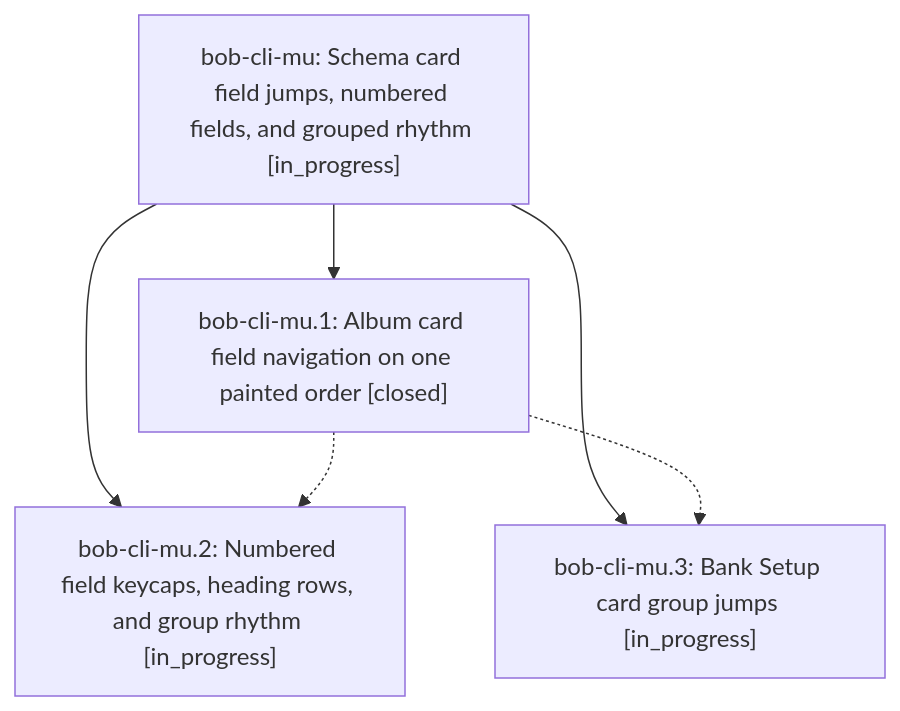
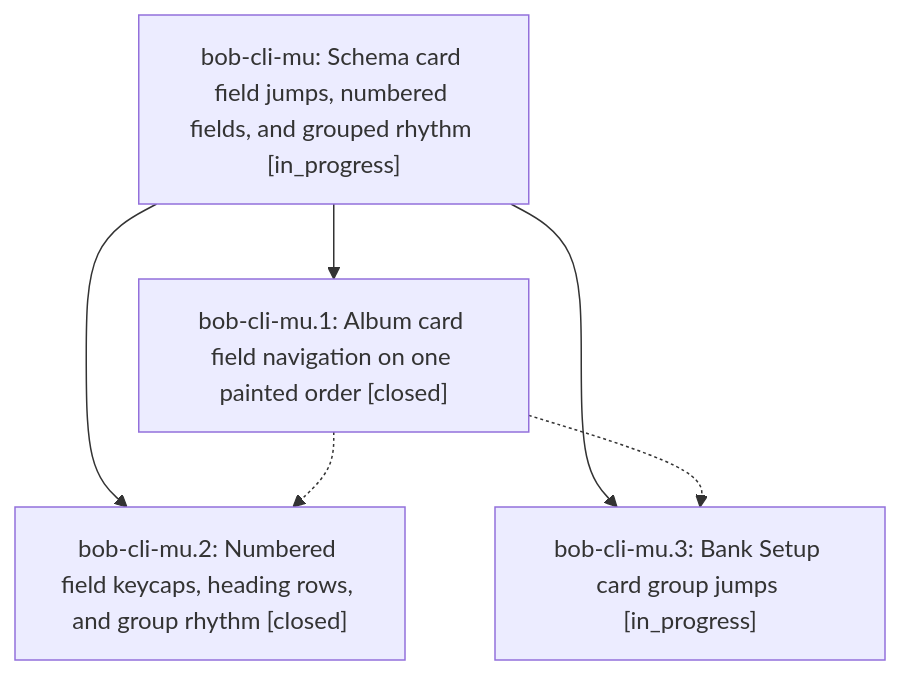
One commit to bobs-org/bob-cli--beads changed the diagram in pages/bob-cli-mu/README.md. Above: the diagram before and after it, drawn with Mermaid. The commit also changed other lines of this file and 2 other files, not shown here.

First line of the commit message:
chore(beads): sync bead state and pages for bob-cli-mu

````diff
--- a/pages/bob-cli-mu/README.md
+++ b/pages/bob-cli-mu/README.md
@@ -24,12 +36,12 @@
 ```mermaid
 flowchart TD
     n0["bob-cli-mu: Schema card field jumps, numbered fields, and grouped rhythm [in_progress]"]
     n1["bob-cli-mu.1: Album card field navigation on one painted order [closed]"]
-    n2["bob-cli-mu.2: Numbered field keycaps, heading rows, and group rhythm [in_progress]"]
+    n2["bob-cli-mu.2: Numbered field keycaps, heading rows, and group rhythm [closed]"]
     n3["bob-cli-mu.3: Bank Setup card group jumps [in_progress]"]
     n0 --> n1
     n0 --> n2
     n0 --> n3
     n1 -.-> n2
     n1 -.-> n3
 ```
````
